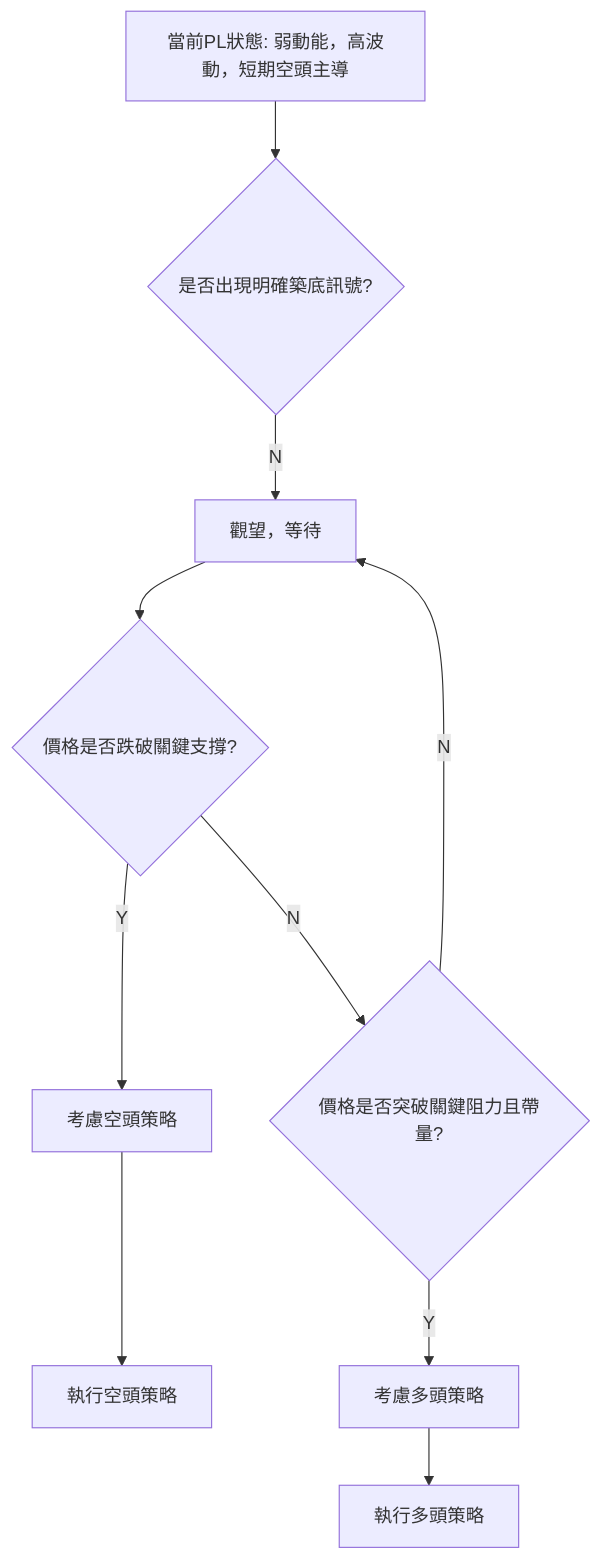
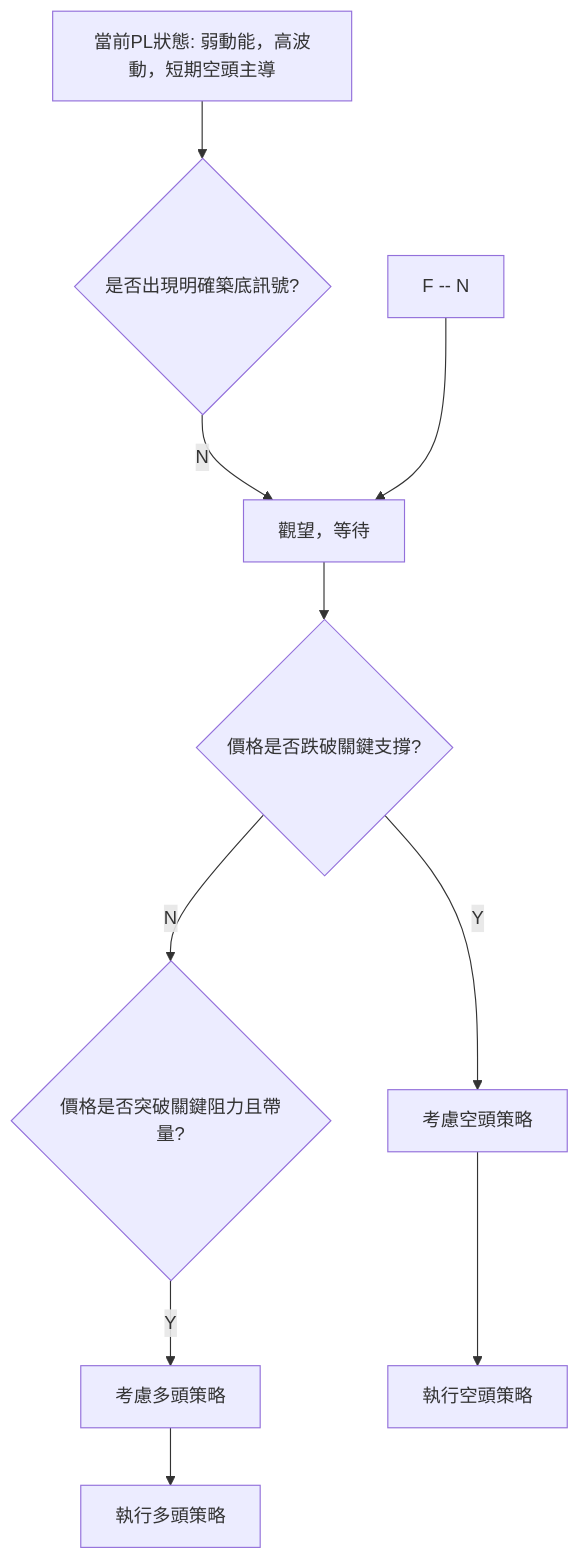
Before and after one commit to yennanliu/finance_data: the tenth of 11 diagrams in ai_gen_report/stock/pl/technical_analysis_2026-06-29_gemini.md, drawn with Mermaid. The commit also changed other lines of this file and 2258 other files, not shown here.

First line of the commit message:
chore: backfill Mermaid syntax repair across existing reports

````diff
--- a/ai_gen_report/stock/pl/technical_analysis_2026-06-29_gemini.md
+++ b/ai_gen_report/stock/pl/technical_analysis_2026-06-29_gemini.md
@@ -730,13 +730,13 @@
 ```mermaid
 graph TD
-    A[當前PL狀態: 弱動能，高波動，短期空頭主導] --> B{是否出現明確築底訊號?}
-    B -- N --> C[觀望，等待]
-    C --> D{價格是否跌破關鍵支撐?}
-    D -- Y --> E[考慮空頭策略]
-    D -- N --> F{價格是否突破關鍵阻力且帶量?}
-    F -- Y --> G[考慮多頭策略]
-    F -- N --> C
+    A["當前PL狀態: 弱動能，高波動，短期空頭主導"] --> B{"是否出現明確築底訊號?"}
+    B -- N --> C["觀望，等待"]
+    C --> D{"價格是否跌破關鍵支撐?"}
+    D -- Y --> E["考慮空頭策略"]
+    D -- N --> F{"價格是否突破關鍵阻力且帶量?"}
+    F -- Y --> G["考慮多頭策略"]
+    nb1["F -- N"] --> C
 
-    E --> H[執行空頭策略]
-    G --> I[執行多頭策略]
+    E --> H["執行空頭策略"]
+    G --> I["執行多頭策略"]
 ```
````
